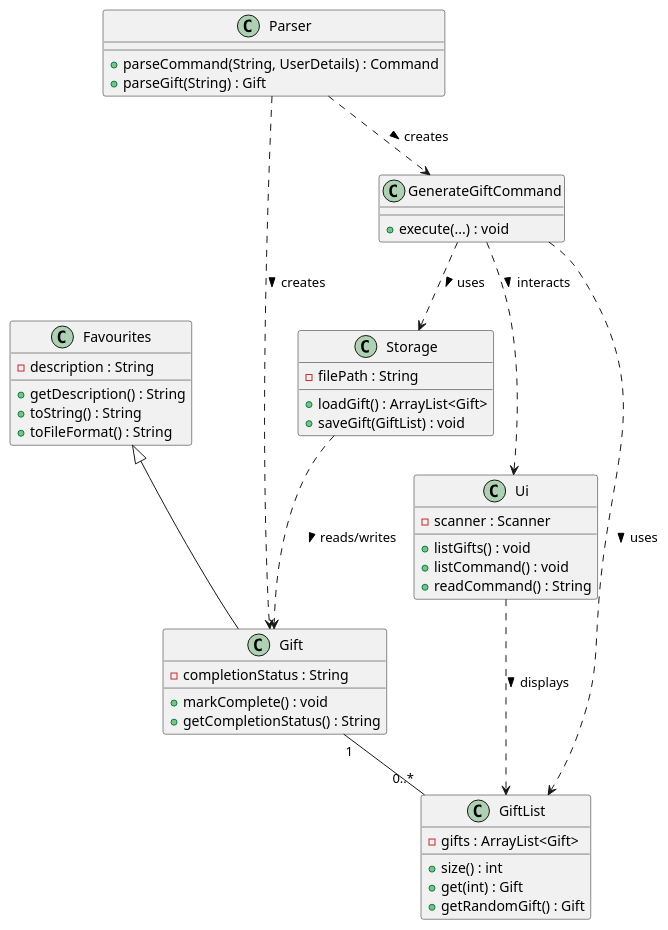
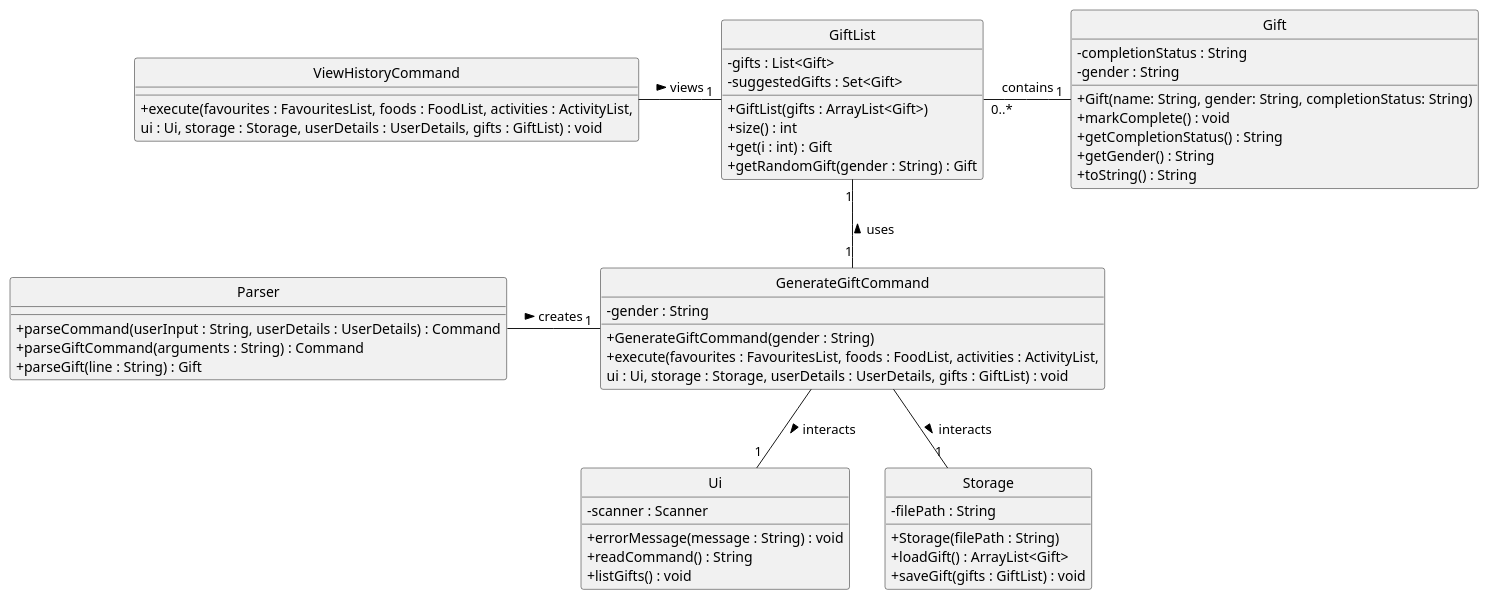
The diagram in docs/diagrams/GiftClassDiagram.puml (RyanTDL/tp), drawn with PlantUML before and after one commit. The commit also changed 4 other files, not shown here.

Commit message:
Modify giftClassDiagram to reflect new changes

```diff
--- a/docs/diagrams/GiftClassDiagram.puml
+++ b/docs/diagrams/GiftClassDiagram.puml
@@ -1,56 +1,62 @@
 @startuml
-'https://plantuml.com/class-diagram
-
-class Favourites {
-    - description : String
-    + getDescription() : String
-    + toString() : String
-    + toFileFormat() : String
-}
+skinparam style strictuml
+skinparam classAttributeIconSize 0
 
 class Gift {
     - completionStatus : String
+    - gender : String
+    + Gift(name: String, gender: String, completionStatus: String)
     + markComplete() : void
     + getCompletionStatus() : String
+    + getGender() : String
+    + toString() : String
 }
 
 class GiftList {
-    - gifts : ArrayList<Gift>
+    - gifts : List<Gift>
+    - suggestedGifts : Set<Gift>
+    + GiftList(gifts : ArrayList<Gift>)
     + size() : int
-    + get(int) : Gift
-    + getRandomGift() : Gift
+    + get(i : int) : Gift
+    + getRandomGift(gender : String) : Gift
+}
+
+class GenerateGiftCommand {
+    - gender : String
+    + GenerateGiftCommand(gender : String)
+    + execute(favourites : FavouritesList, foods : FoodList, activities : ActivityList,
+        ui : Ui, storage : Storage, userDetails : UserDetails, gifts : GiftList) : void
+}
+
+class ViewHistoryCommand {
+    + execute(favourites : FavouritesList, foods : FoodList, activities : ActivityList,
+        ui : Ui, storage : Storage, userDetails : UserDetails, gifts : GiftList) : void
 }
 
 class Ui {
     - scanner : Scanner
+    + errorMessage(message : String) : void
+    + readCommand() : String
     + listGifts() : void
-    + listCommand() : void
-    + readCommand() : String
-}
-
-class GenerateGiftCommand {
-    + execute(...) : void
 }
 
 class Storage {
     - filePath : String
+    + Storage(filePath : String)
     + loadGift() : ArrayList<Gift>
-    + saveGift(GiftList) : void
+    + saveGift(gifts : GiftList) : void
 }
 
 class Parser {
-    + parseCommand(String, UserDetails) : Command
-    + parseGift(String) : Gift
+    + parseCommand(userInput : String, userDetails : UserDetails) : Command
+    + parseGiftCommand(arguments : String) : Command
+    + parseGift(line : String) : Gift
 }
 
-Favourites <|-- Gift
-Gift "1" -- "0..*" GiftList
-GenerateGiftCommand ..> GiftList : uses >
-GenerateGiftCommand ..> Ui : interacts >
-GenerateGiftCommand ..> Storage : uses >
-Ui ..> GiftList : displays >
-Storage ..> Gift : reads/writes >
-Parser ..> GenerateGiftCommand : creates >
-Parser ..> Gift : creates >
-
+Gift "1" -left- "0..*" GiftList : contains
+GenerateGiftCommand "1" -up- "1" GiftList : uses >
+GenerateGiftCommand -down- "1" Ui : interacts >
+GenerateGiftCommand -down- "1" Storage : interacts >
+Parser -right- "1" GenerateGiftCommand : creates >
+ViewHistoryCommand -right- "1" GiftList : views >
 @enduml
```
